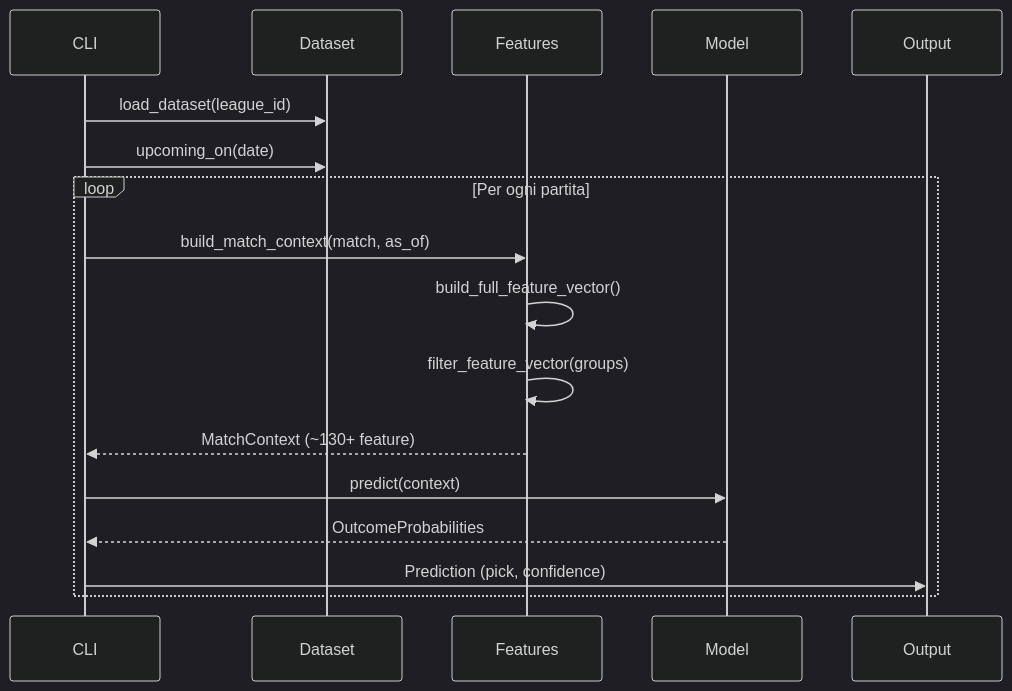
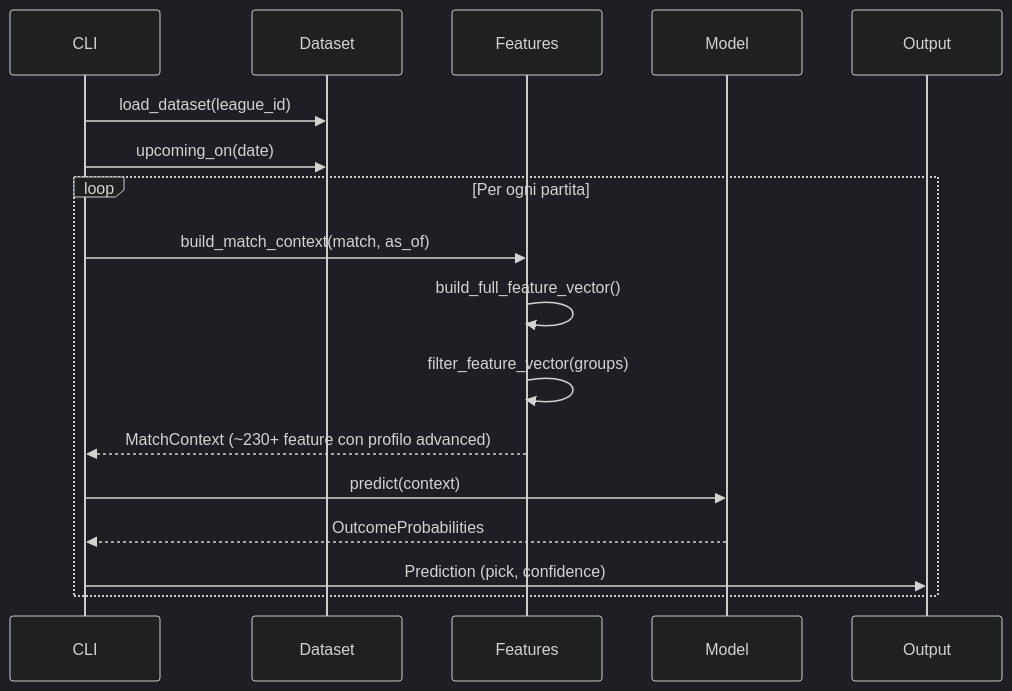
The diagram in docs/progetto/ARCHITETTURA.md (dlstrategy/ModelloPrevisionaleCalcistico), drawn with Mermaid (dark theme) before and after one commit. The commit also changed other lines of this file and 31 other files, not shown here.

````diff
--- a/docs/progetto/ARCHITETTURA.md
+++ b/docs/progetto/ARCHITETTURA.md
@@ -82,20 +82,20 @@
 ```mermaid
 sequenceDiagram
     participant CLI
     participant Dataset
     participant Features
     participant Model
     participant Output
 
     CLI->>Dataset: load_dataset(league_id)
     CLI->>Dataset: upcoming_on(date)
     loop Per ogni partita
         CLI->>Features: build_match_context(match, as_of)
         Features->>Features: build_full_feature_vector()
         Features->>Features: filter_feature_vector(groups)
-        Features-->>CLI: MatchContext (~130+ feature)
+        Features-->>CLI: MatchContext (~230+ feature con profilo advanced)
         CLI->>Model: predict(context)
         Model-->>CLI: OutcomeProbabilities
         CLI->>Output: Prediction (pick, confidence)
     end
 ```
````
